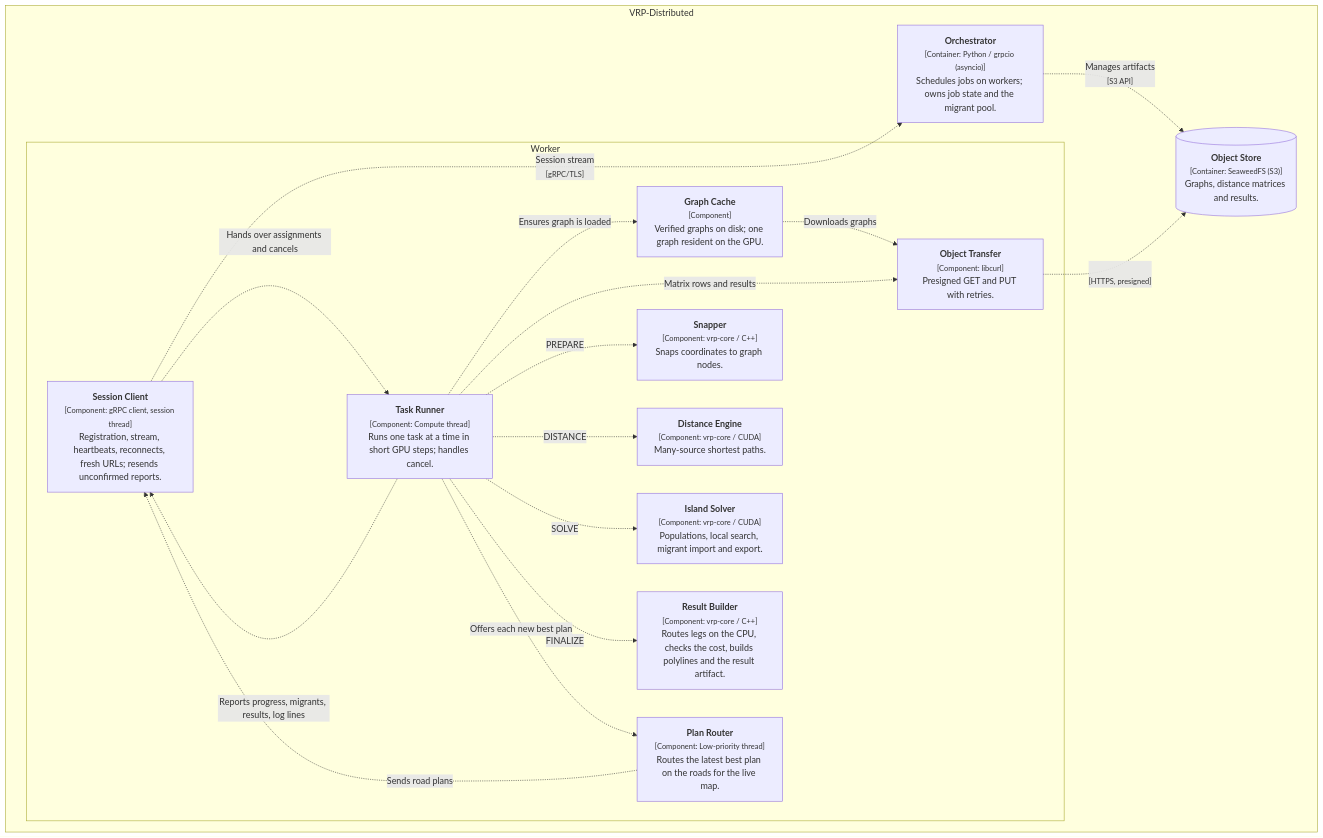
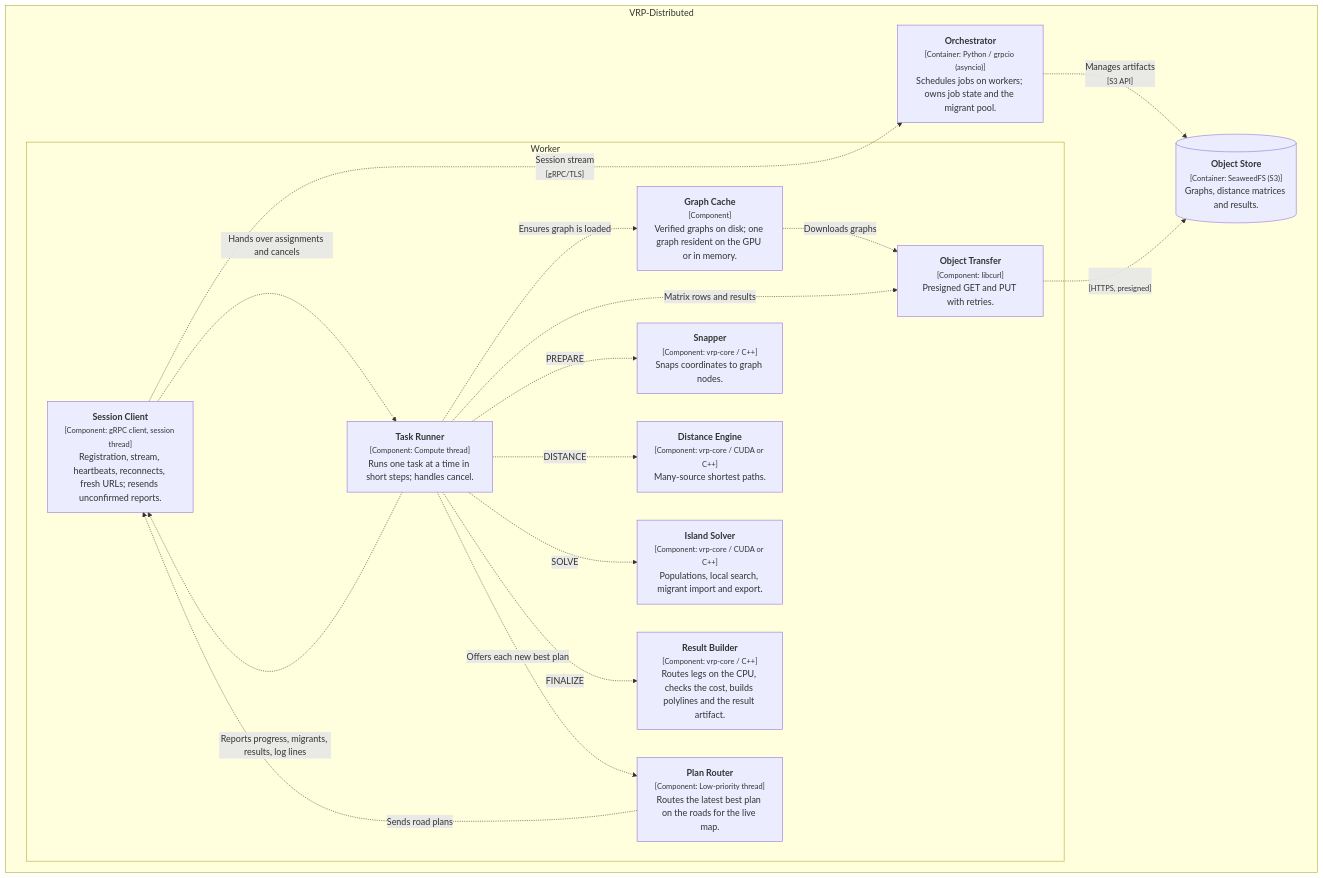
One commit to PogSmok/vrp-distributed changed the fourth of 5 diagrams in docs/architecture/README.md. Above: the diagram before and after it, drawn with Mermaid. The commit also changed other lines of this file and 54 other files, not shown here.

````diff
--- a/docs/architecture/README.md
+++ b/docs/architecture/README.md
@@ -129,38 +129,38 @@
 ```mermaid
 graph TB
 
     subgraph 3 ["VRP-Distributed"]
 
       subgraph 16 ["Worker"]
 
         17["<b>Session Client</b><br/><small>[Component: gRPC client, session thread]</small><br/>Registration, stream, heartbeats, reconnects, fresh URLs; resends unconfirmed reports."]
-        18["<b>Task Runner</b><br/><small>[Component: Compute thread]</small><br/>Runs one task at a time in short GPU steps; handles cancel."]
-        19["<b>Graph Cache</b><br/><small>[Component]</small><br/>Verified graphs on disk; one graph resident on the GPU."]
+        18["<b>Task Runner</b><br/><small>[Component: Compute thread]</small><br/>Runs one task at a time in short steps; handles cancel."]
+        19["<b>Graph Cache</b><br/><small>[Component]</small><br/>Verified graphs on disk; one graph resident on the GPU or in memory."]
         20["<b>Object Transfer</b><br/><small>[Component: libcurl]</small><br/>Presigned GET and PUT with retries."]
         21["<b>Snapper</b><br/><small>[Component: vrp-core / C++]</small><br/>Snaps coordinates to graph nodes."]
-        22["<b>Distance Engine</b><br/><small>[Component: vrp-core / CUDA]</small><br/>Many-source shortest paths."]
-        23["<b>Island Solver</b><br/><small>[Component: vrp-core / CUDA]</small><br/>Populations, local search, migrant import and export."]
+        22["<b>Distance Engine</b><br/><small>[Component: vrp-core / CUDA or C++]</small><br/>Many-source shortest paths."]
+        23["<b>Island Solver</b><br/><small>[Component: vrp-core / CUDA or C++]</small><br/>Populations, local search, migrant import and export."]
         24["<b>Result Builder</b><br/><small>[Component: vrp-core / C++]</small><br/>Routes legs on the CPU, checks the cost, builds polylines and the result artifact."]
         25["<b>Plan Router</b><br/><small>[Component: Low-priority thread]</small><br/>Routes the latest best plan on the roads for the live map."]
       end
 
       28[("<b>Object Store</b><br/><small>[Container: SeaweedFS (S3)]</small><br/>Graphs, distance matrices and results.")]
       5["<b>Orchestrator</b><br/><small>[Container: Python / grpcio (asyncio)]</small><br/>Schedules jobs on workers; owns job state and the migrant pool."]
     end
 
     5-. "Manages artifacts<br/><small>[S3 API]</small>" .->28
     17-. "Session stream<br/><small>[gRPC/TLS]</small>" .->5
     17-. "Hands over assignments and cancels" .->18
     18-. "Reports progress, migrants, results, log lines" .->17
     18-. "Ensures graph is loaded" .->19
     18-. "Matrix rows and results" .->20
     19-. "Downloads graphs" .->20
     20-. "<br/><small>[HTTPS, presigned]</small>" .->28
     18-. "PREPARE" .->21
     18-. "DISTANCE" .->22
     18-. "SOLVE" .->23
     18-. "FINALIZE" .->24
     18-. "Offers each new best plan" .->25
     25-. "Sends road plans" .->17
 
 ```
````
